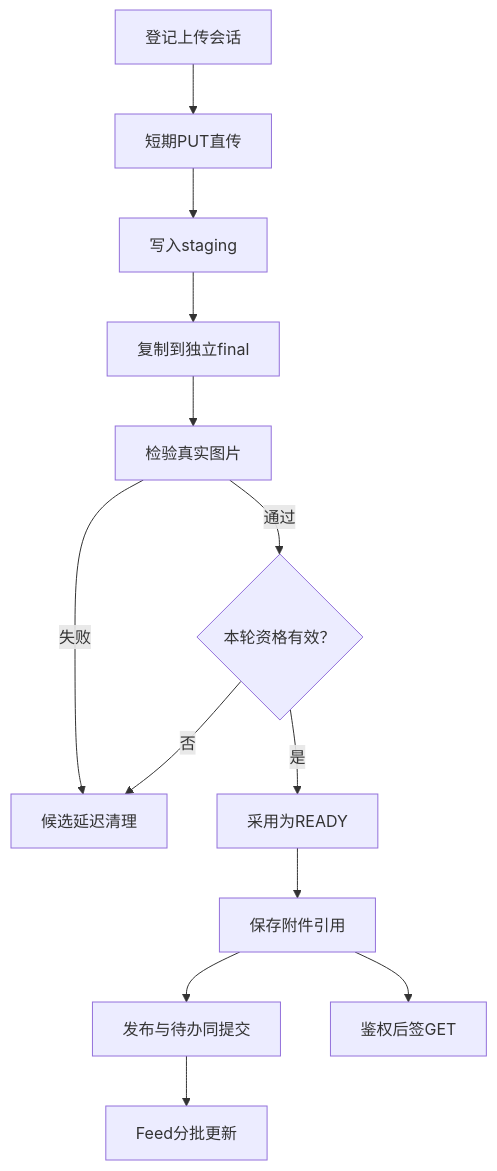
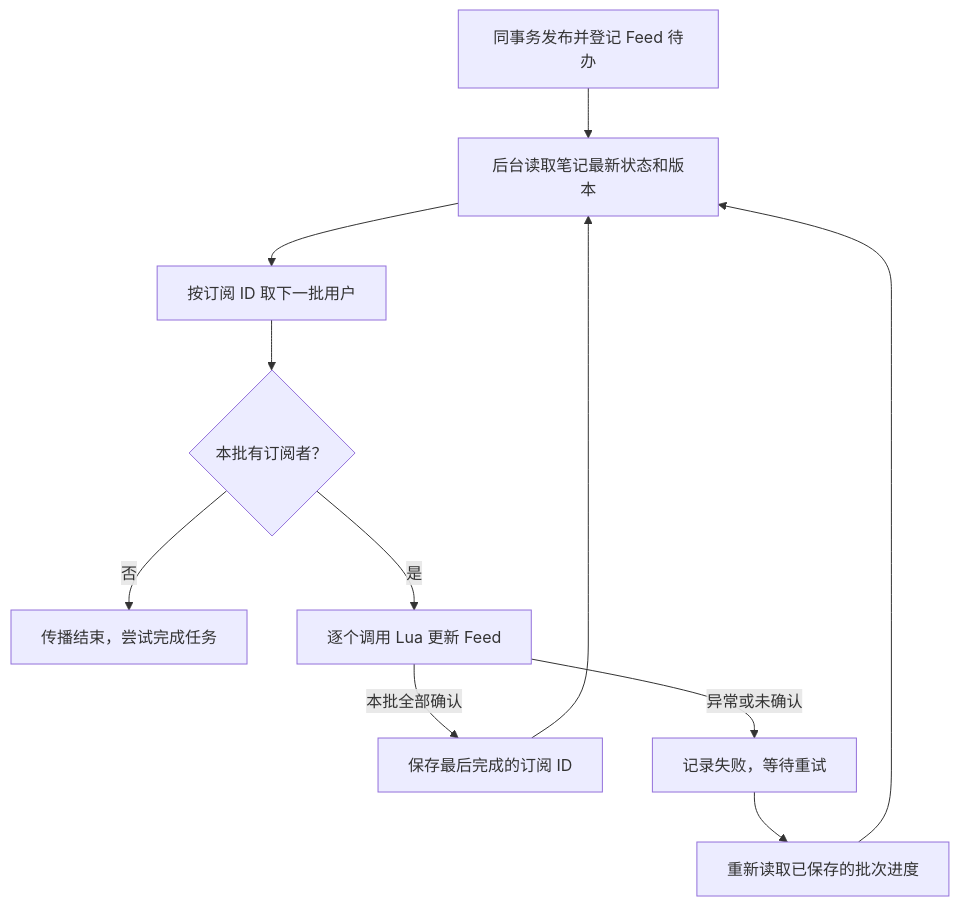
The fourth of 10 diagrams in 03-活动笔记发布与文件管理.md (SyH-101/citypass-platform), drawn with Mermaid before and after one commit. The commit also changed other lines of this file, not shown here.

Commit message:
docs: explain story file lifecycle with clear flows and focused core code

````diff
--- a/03-活动笔记发布与文件管理.md
+++ b/03-活动笔记发布与文件管理.md
@@ -41,15 +563,13 @@
 ```mermaid
 flowchart TD
-    A["登记上传会话"] --> B["短期PUT直传"]
-    B --> C["写入staging"]
-    C --> D["复制到独立final"]
-    D --> E["检验真实图片"]
-    E -->|通过| F{"本轮资格有效？"}
-    E -->|失败| X["候选延迟清理"]
-    F -->|否| X
-    F -->|是| G["采用为READY"]
-    G --> H["保存附件引用"]
-    H --> I["发布与待办同提交"]
-    I --> J["Feed分批更新"]
-    H --> K["鉴权后签GET"]
+    publish["同事务发布并登记 Feed 待办"] --> latest["后台读取笔记最新状态和版本"]
+    latest --> batch["按订阅 ID 取下一批用户"]
+    batch --> exists{"本批有订阅者？"}
+    exists -->|否| done["传播结束，尝试完成任务"]
+    exists -->|是| apply["逐个调用 Lua 更新 Feed"]
+    apply -->|本批全部确认| progress["保存最后完成的订阅 ID"]
+    progress --> latest
+    apply -->|异常或未确认| retry["记录失败，等待重试"]
+    retry --> resume["重新读取已保存的批次进度"]
+    resume --> latest
 ```
````
